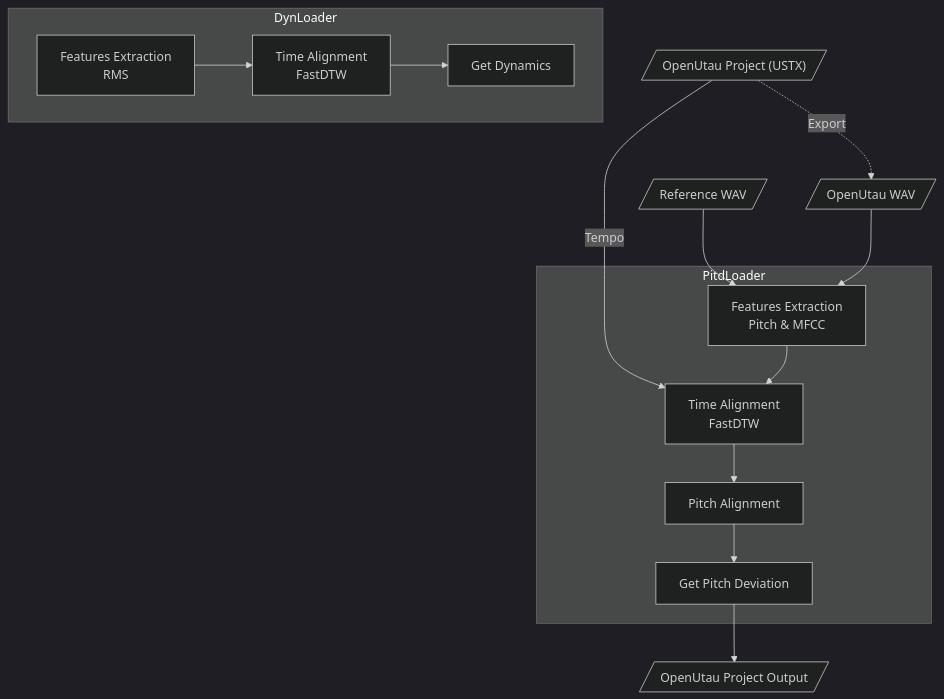
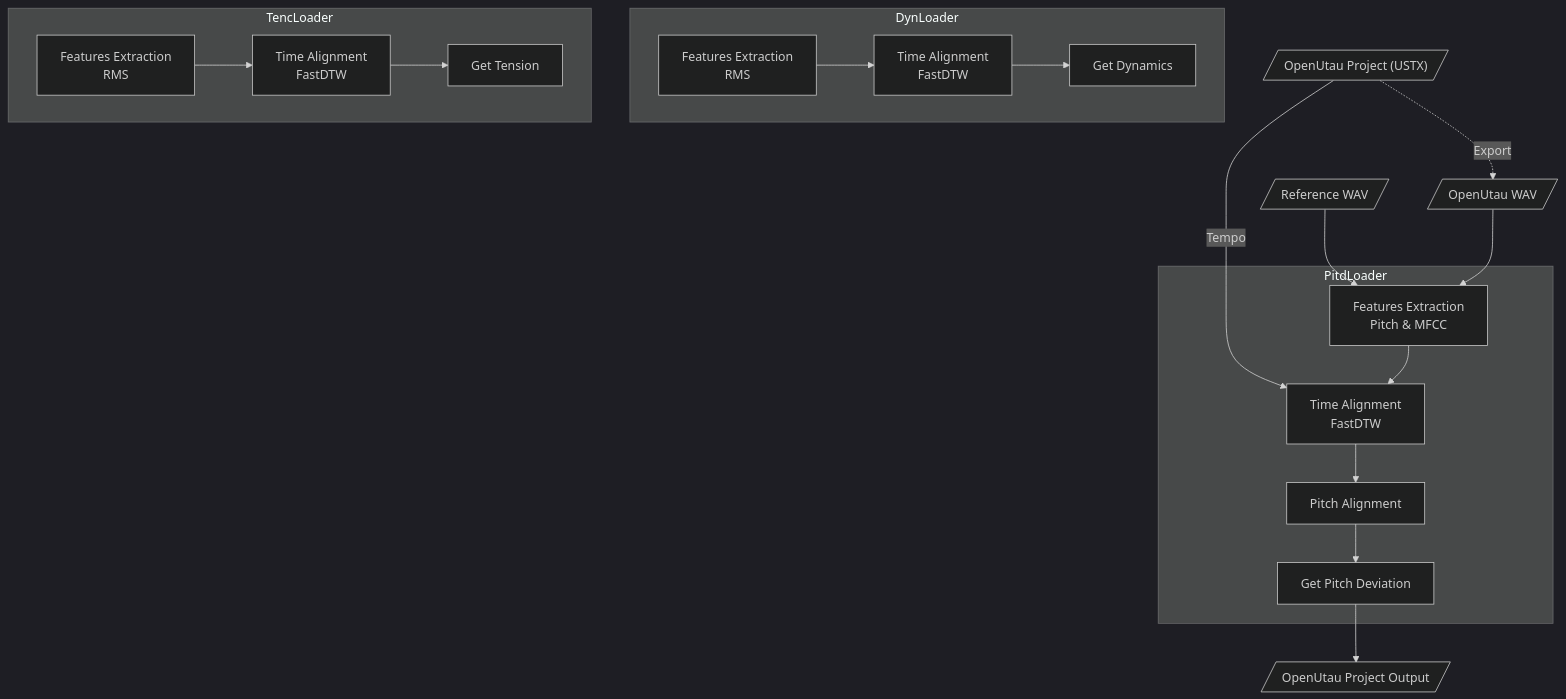
Before and after one commit to NewComer00/expressive: the diagram in README.md, drawn with Mermaid (dark theme). The commit also changed other lines of this file and 20 other files, not shown here.

Commit message:
[tenc] add tension (curve) expression

````diff
--- a/README.md
+++ b/README.md
@@ -102,35 +102,46 @@
 ```mermaid
 graph TD;
   ustx_in[/"OpenUtau Project (USTX)"/]
   refwav[/"Reference WAV"/]
   utauwav[/"OpenUtau WAV"/]
   refwav-->feat_pitd
   ustx_in-.->|Export|utauwav
   utauwav-->feat_pitd
   ustx_in-->|Tempo|time_pitd
 
   subgraph PitdLoader
     feat_pitd["Features Extraction<br>Pitch & MFCC"]
 
     time_pitd["Time Alignment<br>FastDTW"]
     feat_pitd-->time_pitd
 
     pitch_algn["Pitch Alignment"]
     time_pitd-->pitch_algn
 
     get_pitd["Get Pitch Deviation"]
     pitch_algn-->get_pitd
   end
 
     utsx_out[/"OpenUtau Project Output"/]
     get_pitd-->utsx_out
+
   subgraph DynLoader
     feat_dyn["Features Extraction<br>RMS"]
 
     time_dyn["Time Alignment<br>FastDTW"]
     feat_dyn-->time_dyn
 
     get_dyn["Get Dynamics"]
     time_dyn-->get_dyn
   end
+
+  subgraph TencLoader
+    feat_tenc["Features Extraction<br>RMS"]
+
+    time_tenc["Time Alignment<br>FastDTW"]
+    feat_tenc-->time_tenc
+
+    get_tenc["Get Tension"]
+    time_tenc-->get_tenc
+  end
 ```
````
